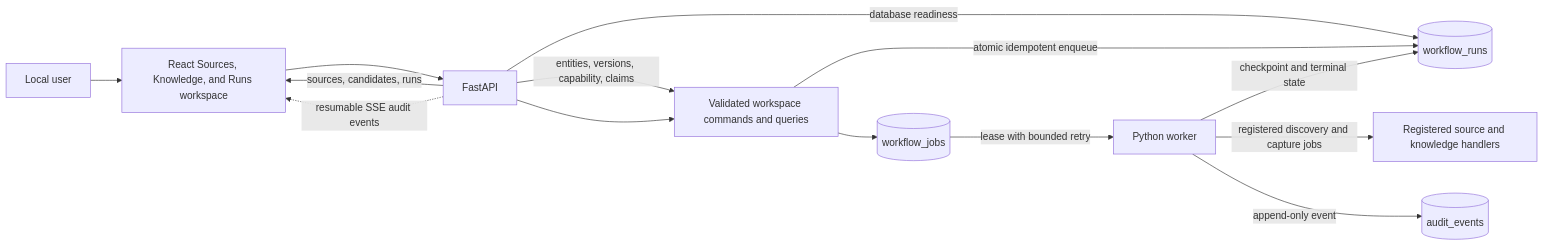
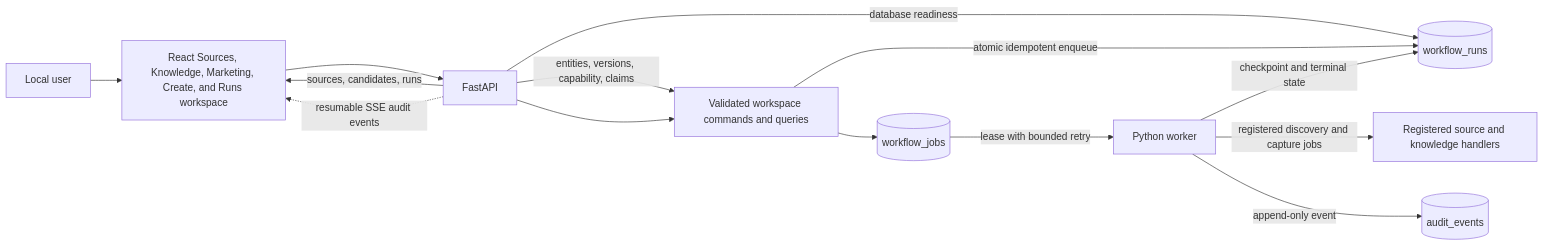
Before and after one commit to Wenqi77Zhang/GameCrafter-Agent: the second of 22 diagrams in docs/architecture/system-architecture.md, drawn with Mermaid. The commit also changed other lines of this file and 17 other files, not shown here.

````diff
--- a/docs/architecture/system-architecture.md
+++ b/docs/architecture/system-architecture.md
@@ -32,25 +32,25 @@
 ```mermaid
 flowchart LR
     USER["Local user"]
-    WEB["React Sources, Knowledge, and Runs workspace"]
+    WEB["React Sources, Knowledge, Marketing, Create, and Runs workspace"]
     API["FastAPI"]
     COMMAND["Validated workspace commands and queries"]
     RUNS[("workflow_runs")]
     JOBS[("workflow_jobs")]
     AUDIT[("audit_events")]
     WORKER["Python worker"]
     HANDLER["Registered source and knowledge handlers"]
 
     USER --> WEB --> API
     API -->|"sources, candidates, runs"| WEB
     API -->|"entities, versions, capability, claims"| COMMAND
     API -. "resumable SSE audit events" .-> WEB
     API -->|"database readiness"| RUNS
     API --> COMMAND
     COMMAND -->|"atomic idempotent enqueue"| RUNS
     COMMAND --> JOBS
     JOBS -->|"lease with bounded retry"| WORKER
     WORKER -->|"registered discovery and capture jobs"| HANDLER
     WORKER -->|"checkpoint and terminal state"| RUNS
     WORKER -->|"append-only event"| AUDIT
 ```
````
